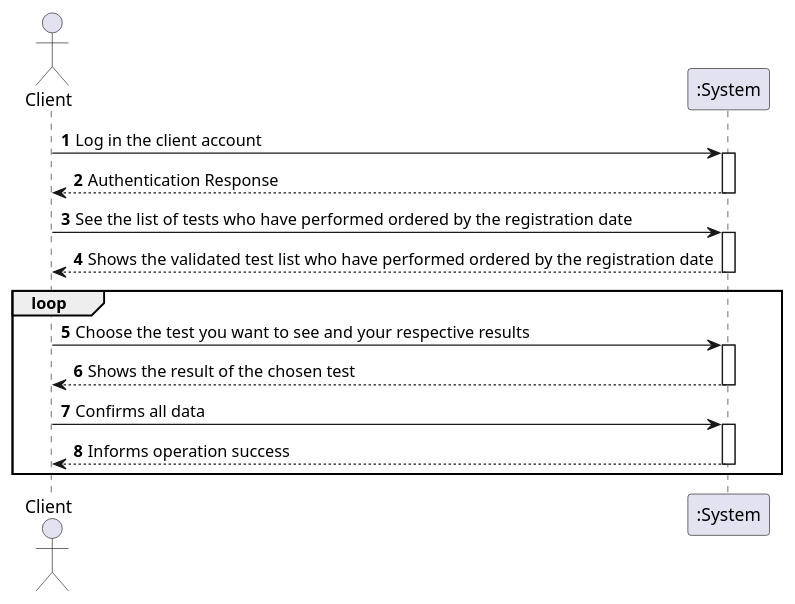
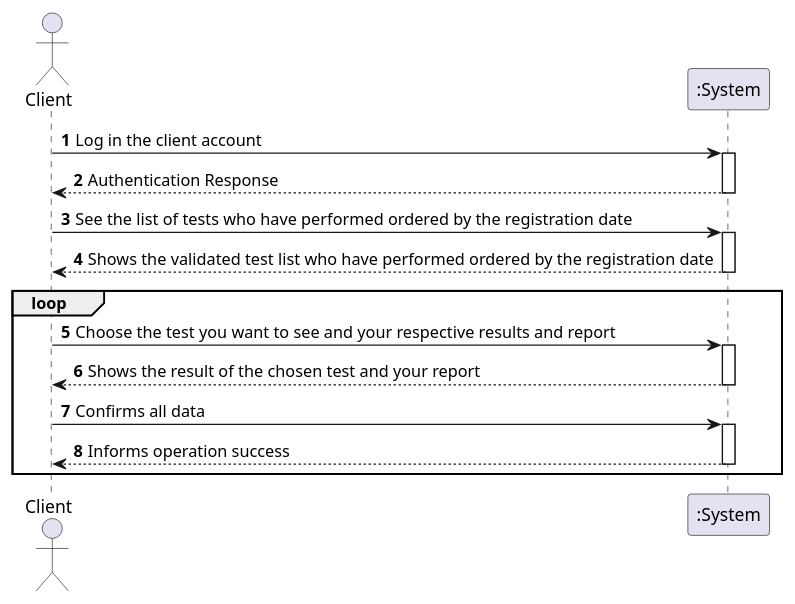
Before and after one commit to GuilhermeCunha79/lapr2: the diagram in docs/SprintD/US1/US1_SSD.puml, drawn with PlantUML. The commit also changed 13 other files, not shown here.

```diff
--- a/docs/SprintD/US1/US1_SSD.puml
+++ b/docs/SprintD/US1/US1_SSD.puml
@@ -1,29 +1,29 @@
 @startuml
 autonumber
 'hide footbox
 actor "Client" as CLIENT
 
 participant ":System" as SYSTEM
 
 CLIENT -> SYSTEM : Log in the client account
 activate SYSTEM
 
 SYSTEM --> CLIENT : Authentication Response
 deactivate SYSTEM
 
 CLIENT -> SYSTEM : See the list of tests who have performed ordered by the registration date
 activate SYSTEM
 SYSTEM --> CLIENT : Shows the validated test list who have performed ordered by the registration date
 deactivate SYSTEM
 loop
-CLIENT -> SYSTEM : Choose the test you want to see and your respective results
+CLIENT -> SYSTEM : Choose the test you want to see and your respective results and report
 activate SYSTEM
-SYSTEM --> CLIENT : Shows the result of the chosen test
+SYSTEM --> CLIENT : Shows the result of the chosen test and your report
 deactivate SYSTEM
 CLIENT -> SYSTEM : Confirms all data
 activate SYSTEM
 SYSTEM --> CLIENT : Informs operation success
 deactivate SYSTEM
 end
 
 @enduml
```
